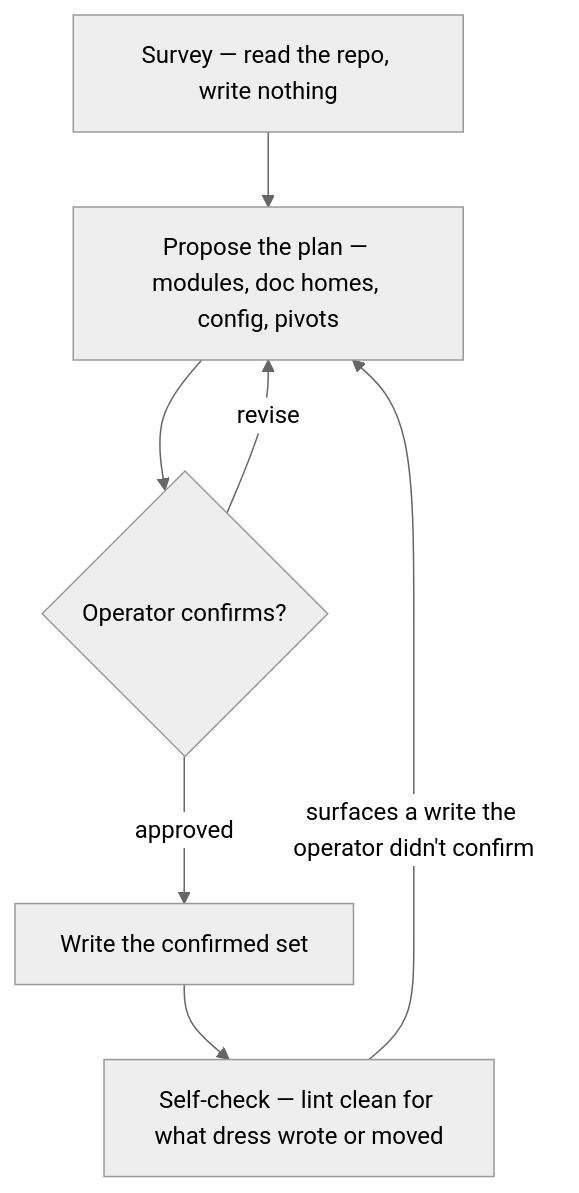
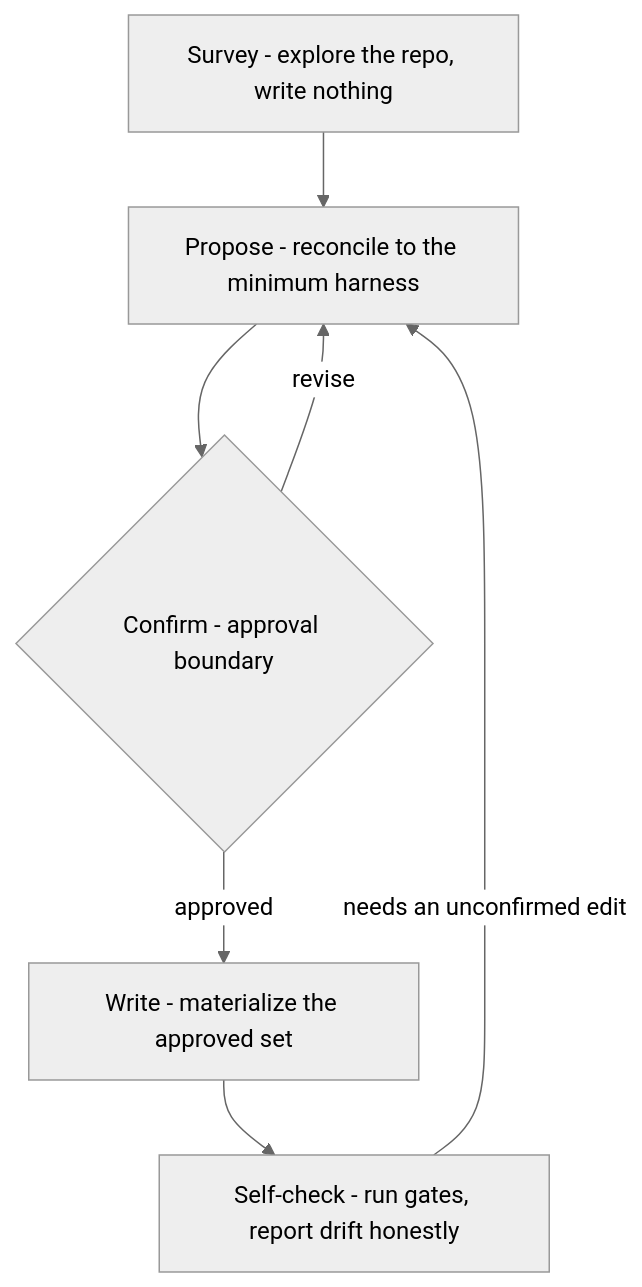
One commit to ZPerrin/loom changed the diagram in skills/dress/SKILL.md. Above: the diagram before and after it, drawn with Mermaid (neutral theme). The commit also changed other lines of this file and 24 other files, not shown here.

````diff
--- a/skills/dress/SKILL.md
+++ b/skills/dress/SKILL.md
@@ -12,9 +29,9 @@
 ```mermaid
 flowchart TD
-    survey["Survey — read the repo, write nothing"] --> propose["Propose the plan — modules, doc homes, config, pivots"]
-    propose --> gate{"Operator confirms?"}
+    survey["Survey - explore the repo, write nothing"] --> propose["Propose - reconcile to the minimum harness"]
+    propose --> gate{"Confirm - approval boundary"}
     gate -->|revise| propose
-    gate -->|approved| write["Write the confirmed set"]
-    write --> check["Self-check — lint clean for what dress wrote or moved"]
-    check -->|"surfaces a write the operator didn't confirm"| propose
+    gate -->|approved| write["Write - materialize the approved set"]
+    write --> check["Self-check - run gates, report drift honestly"]
+    check -->|"needs an unconfirmed edit"| propose
 ```
````
